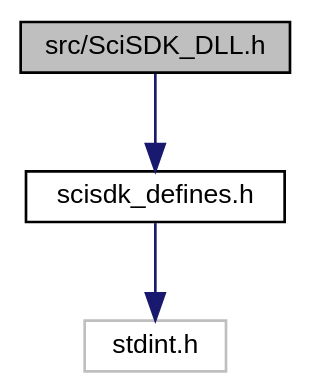
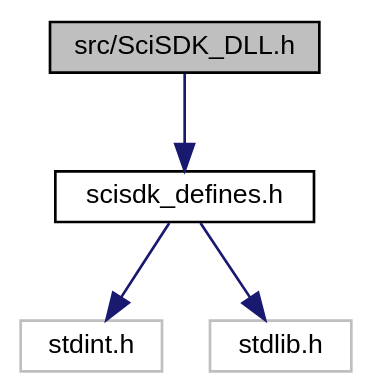
One commit to NuclearInstruments/SCISDK changed the diagram in _sci_s_d_k___d_l_l_8h__incl.dot. Above: the diagram before and after it, drawn with Graphviz. The commit also changed 13 other files, not shown here.

```diff
--- a/_sci_s_d_k___d_l_l_8h__incl.dot
+++ b/_sci_s_d_k___d_l_l_8h__incl.dot
@@ -1,12 +1,14 @@
 digraph "src/SciSDK_DLL.h"
 {
  // LATEX_PDF_SIZE
   bgcolor="transparent";
   edge [fontname="Helvetica",fontsize="10",labelfontname="Helvetica",labelfontsize="10"];
   node [fontname="Helvetica",fontsize="10",shape=record];
   Node1 [label="src/SciSDK_DLL.h",height=0.2,width=0.4,color="black", fillcolor="grey75", style="filled", fontcolor="black",tooltip=" "];
   Node1 -> Node2 [color="midnightblue",fontsize="10",style="solid",fontname="Helvetica"];
   Node2 [label="scisdk_defines.h",height=0.2,width=0.4,color="black",URL="$scisdk__defines_8h.html",tooltip=" "];
   Node2 -> Node3 [color="midnightblue",fontsize="10",style="solid",fontname="Helvetica"];
   Node3 [label="stdint.h",height=0.2,width=0.4,color="grey75",tooltip=" "];
+  Node2 -> Node4 [color="midnightblue",fontsize="10",style="solid",fontname="Helvetica"];
+  Node4 [label="stdlib.h",height=0.2,width=0.4,color="grey75",tooltip=" "];
 }
```
